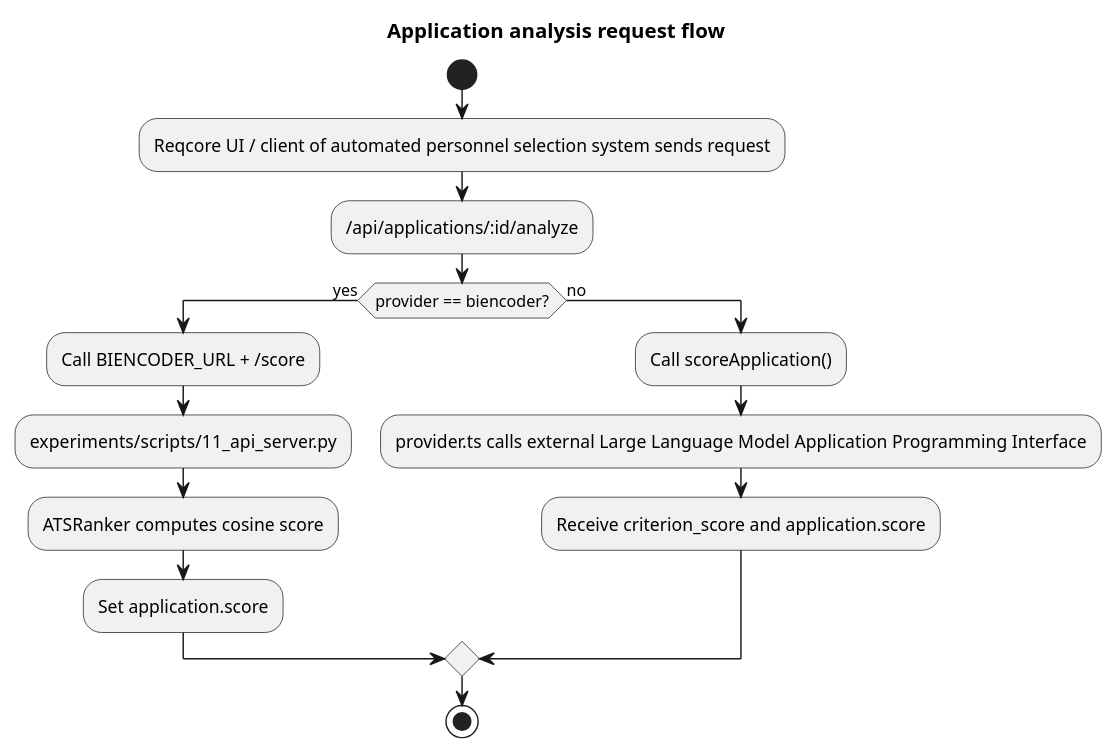
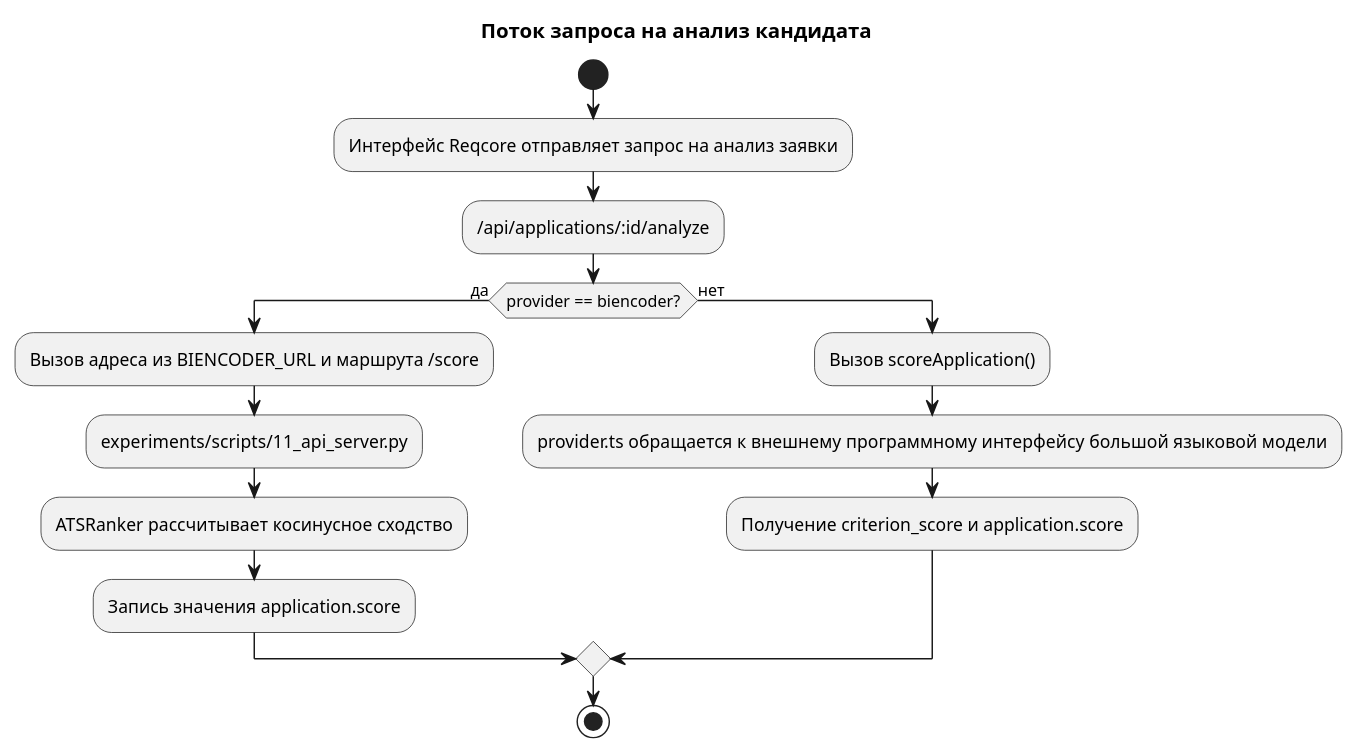
The diagram in docs/obsidian/thesis/[USED] thesis_draft_final_ru.md (ArtiomNosov/master-thesis-repository), drawn with PlantUML before and after one commit. The commit also changed other lines of this file and 1 other file, not shown here.

```diff
--- a/docs/obsidian/thesis/[USED] thesis_draft_final_ru.md
+++ b/docs/obsidian/thesis/[USED] thesis_draft_final_ru.md
@@ -120,22 +120,22 @@
 @startuml
-title Application analysis request flow
+title Поток запроса на анализ кандидата
 
 start
 
-:Reqcore UI / client of automated personnel selection system sends request;
+:Интерфейс Reqcore отправляет запрос на анализ заявки;
 :/api/applications/:id/analyze;
 
-if (provider == biencoder?) then (yes)
-  :Call BIENCODER_URL + /score;
+if (provider == biencoder?) then (да)
+  :Вызов адреса из BIENCODER_URL и маршрута /score;
   :experiments/scripts/11_api_server.py;
-  :ATSRanker computes cosine score;
-  :Set application.score;
-else (no)
-  :Call scoreApplication();
-  :provider.ts calls external Large Language Model Application Programming Interface;
-  :Receive criterion_score and application.score;
+  :ATSRanker рассчитывает косинусное сходство;
+  :Запись значения application.score;
+else (нет)
+  :Вызов scoreApplication();
+  :provider.ts обращается к внешнему программному интерфейсу большой языковой модели;
+  :Получение criterion_score и application.score;
 endif
 
 stop
 
 @enduml
```
